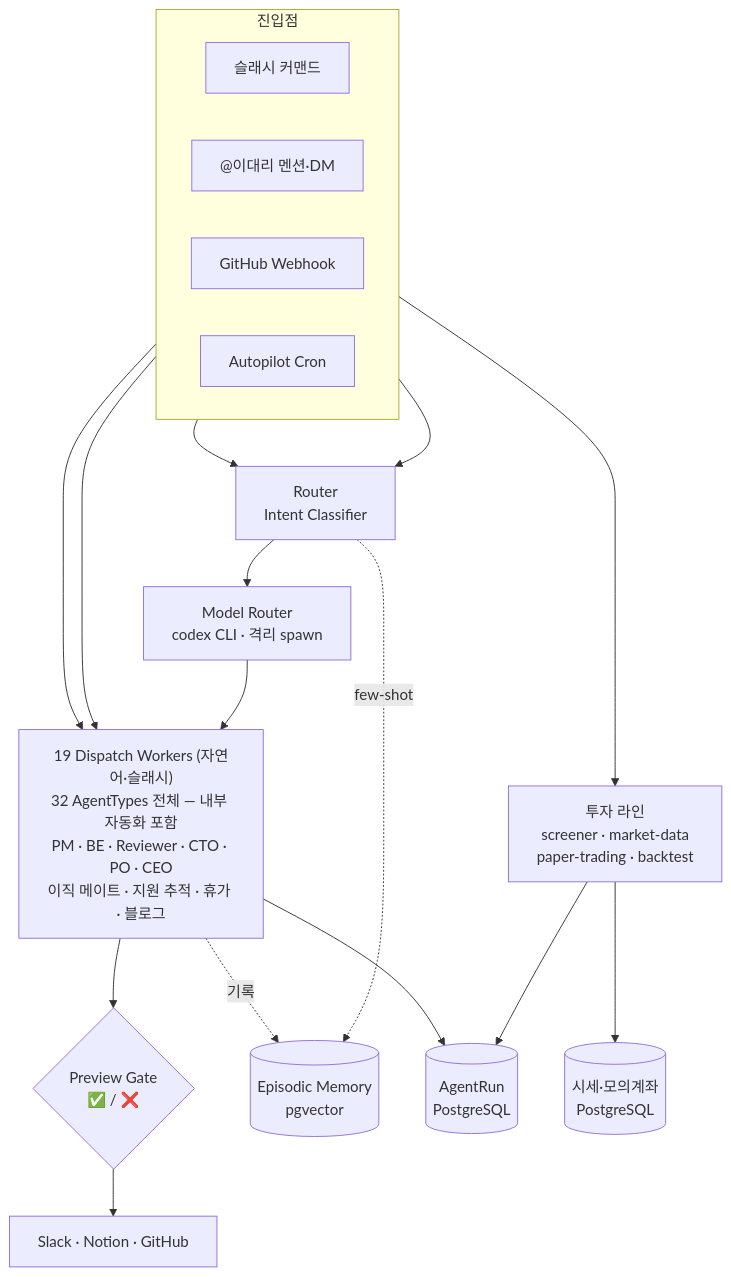
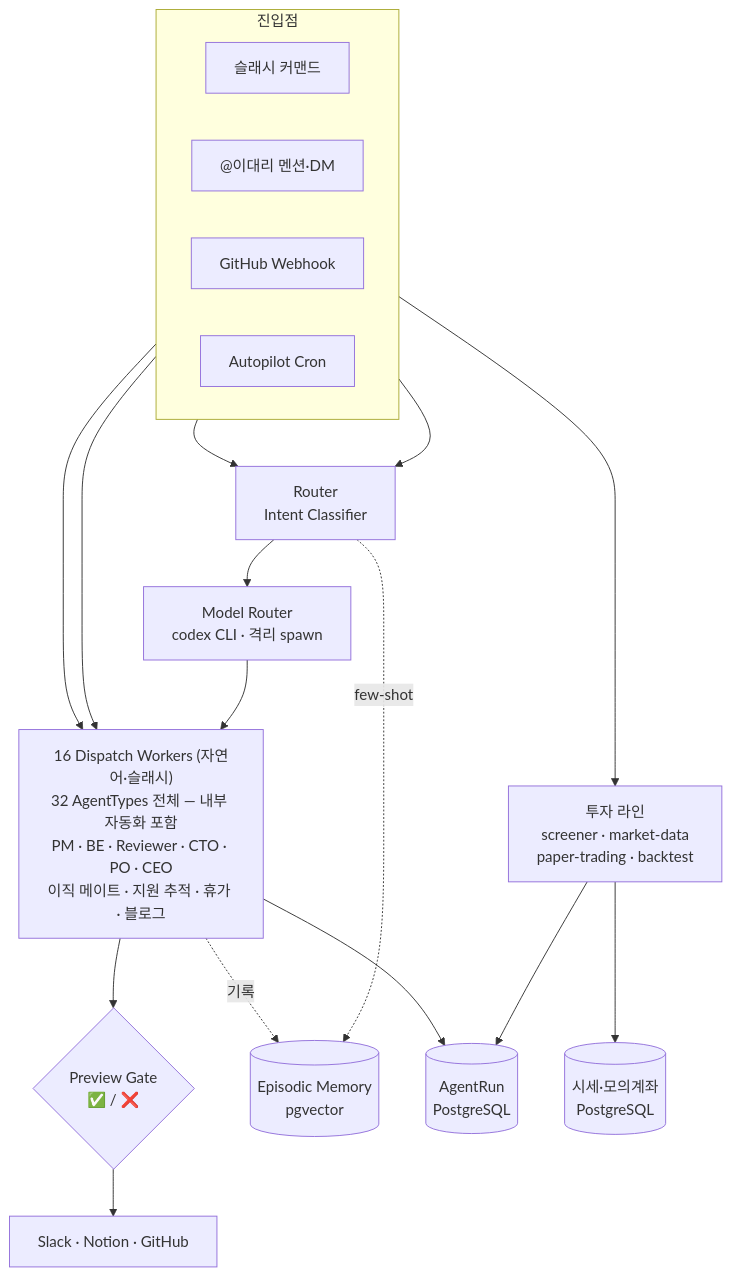
The diagram in README.md (JSL107/personal_agents), drawn with Mermaid before and after one commit. The commit also changed other lines of this file, not shown here.

````diff
--- a/README.md
+++ b/README.md
@@ -43,33 +43,33 @@
 ```mermaid
 flowchart TD
     subgraph IN["진입점"]
         direction LR
         S["슬래시 커맨드"]
         M["@이대리 멘션·DM"]
         W["GitHub Webhook"]
         C["Autopilot Cron"]
     end
 
     R["Router<br/>Intent Classifier"]
     MR["Model Router<br/>codex CLI · 격리 spawn"]
-    WK["19 Dispatch Workers (자연어·슬래시)<br/>32 AgentTypes 전체 — 내부 자동화 포함<br/>PM · BE · Reviewer · CTO · PO · CEO<br/>이직 메이트 · 지원 추적 · 휴가 · 블로그"]
+    WK["16 Dispatch Workers (자연어·슬래시)<br/>32 AgentTypes 전체 — 내부 자동화 포함<br/>PM · BE · Reviewer · CTO · PO · CEO<br/>이직 메이트 · 지원 추적 · 휴가 · 블로그"]
     IV["투자 라인<br/>screener · market-data<br/>paper-trading · backtest"]
     PG{"Preview Gate<br/>✅ / ❌"}
     EXT["Slack · Notion · GitHub"]
     EM[("Episodic Memory<br/>pgvector")]
     AR[("AgentRun<br/>PostgreSQL")]
     MD[("시세·모의계좌<br/>PostgreSQL")]
 
     S --> R
     M --> R
     R -. few-shot .-> EM
     R --> MR --> WK
     W --> WK
     C --> WK
     C --> IV
     IV --> MD
     IV --> AR
     WK --> PG --> EXT
     WK --> AR
     WK -. 기록 .-> EM
 ```
````
